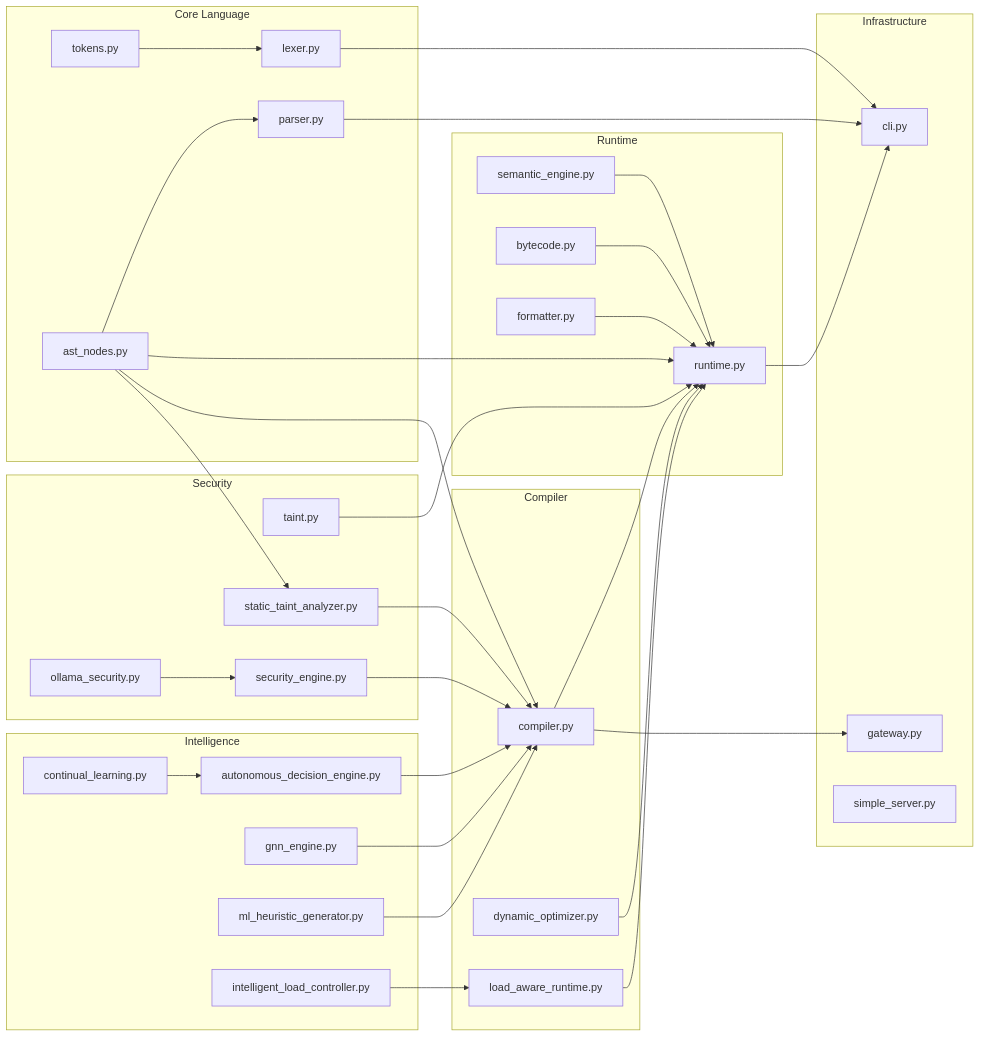
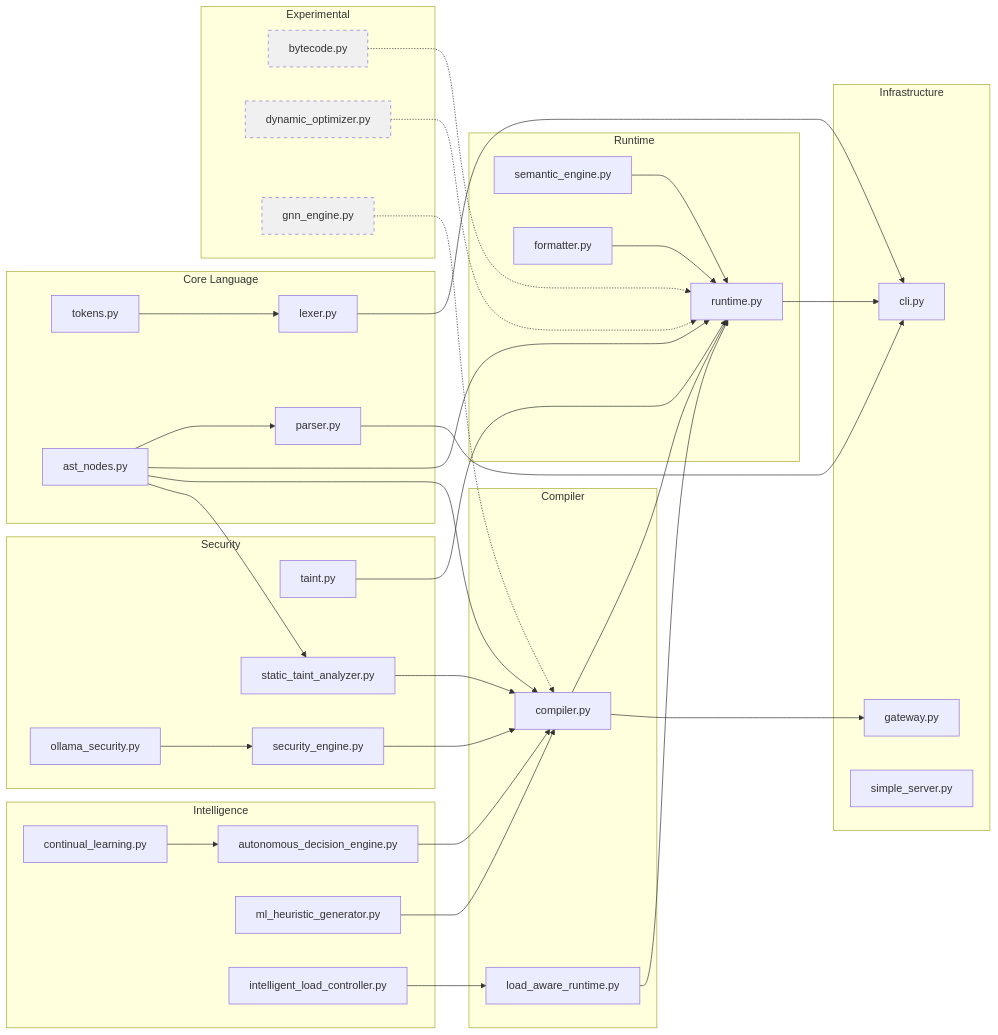
One commit to Ashed2127/ipl changed the second of 2 diagrams in README.md. Above: the diagram before and after it, drawn with Mermaid.

Commit message:
Auto-commit: 2026-10-03 03:44:41
Generated with [Devin](https://devin.ai)

````diff
--- a/README.md
+++ b/README.md
@@ -236,74 +236,81 @@
 ```mermaid
 graph LR
     subgraph "Core Language"
         LEX[lexer.py]
         TOK[tokens.py]
         PAR[parser.py]
         AST[ast_nodes.py]
     end
 
     subgraph "Runtime"
         SEM[semantic_engine.py]
         RUN[runtime.py]
-        BYT[bytecode.py]
         FMT[formatter.py]
     end
 
     subgraph "Security"
         TAI[taint.py]
         STA[static_taint_analyzer.py]
         SEC[security_engine.py]
         OLL[ollama_security.py]
     end
 
     subgraph "Intelligence"
         ADE[autonomous_decision_engine.py]
         CON[continual_learning.py]
-        GNN[gnn_engine.py]
         MLH[ml_heuristic_generator.py]
         ILC[intelligent_load_controller.py]
     end
 
     subgraph "Compiler"
         COM[compiler.py]
+        LAR[load_aware_runtime.py]
+    end
+
+    subgraph "Experimental"
+        BYT[bytecode.py]
         DYN[dynamic_optimizer.py]
-        LAR[load_aware_runtime.py]
+        GNN[gnn_engine.py]
     end
 
     subgraph "Infrastructure"
         CLI[cli.py]
         GTW[gateway.py]
         SRV[simple_server.py]
     end
 
     TOK --> LEX
     AST --> PAR
     AST --> RUN
     AST --> COM
     AST --> STA
 
     LEX --> CLI
     PAR --> CLI
     SEM --> RUN
     TAI --> RUN
     SEC --> COM
     FMT --> RUN
 
     ADE --> COM
     CON --> ADE
-    GNN --> COM
     MLH --> COM
     ILC --> LAR
 
-    DYN --> RUN
     LAR --> RUN
 
     COM --> RUN
     RUN --> CLI
     COM --> GTW
 
     STA --> COM
     OLL --> SEC
 
-    BYT --> RUN
+    BYT -.-> RUN
+    DYN -.-> RUN
+    GNN -.-> COM
+
+    style BYT fill:#f0f0f0,stroke-dasharray: 5 5
+    style DYN fill:#f0f0f0,stroke-dasharray: 5 5
+    style GNN fill:#f0f0f0,stroke-dasharray: 5 5
 ```
````
